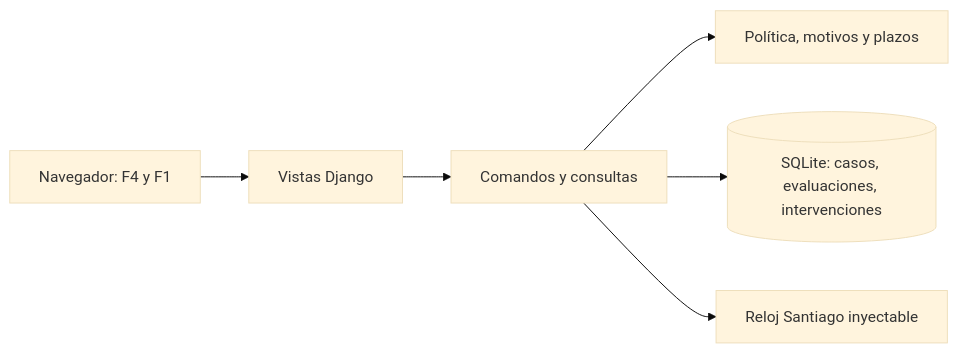
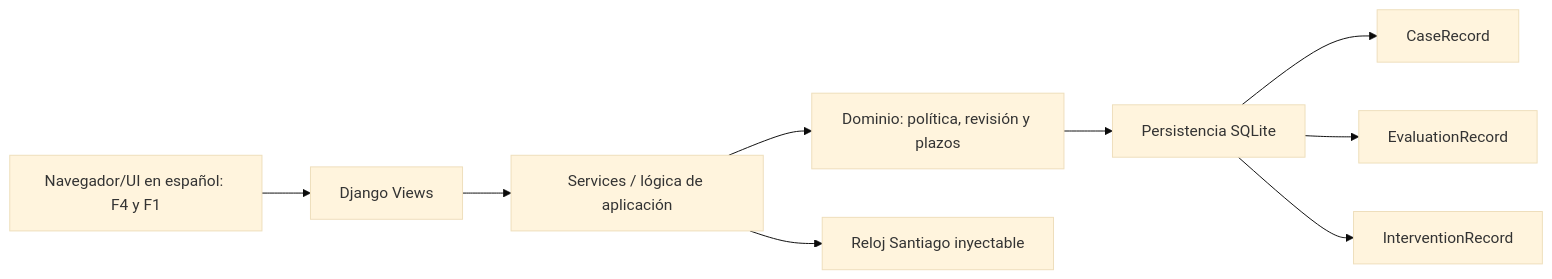
Before and after one commit to lukasscheelb/Software-asistido-por-LLMs: the diagram in docs/informe-entrega.md, drawn with Mermaid (base theme). The commit also changed other lines of this file and 1 other file, not shown here.

````diff
--- a/docs/informe-entrega.md
+++ b/docs/informe-entrega.md
@@ -70,8 +70,11 @@
 ```mermaid
 flowchart LR
-    UI[Navegador: F4 y F1] --> WEB[Vistas Django]
-    WEB --> APP[Comandos y consultas]
-    APP --> DOMAIN[Política, motivos y plazos]
-    APP --> DB[(SQLite: casos, evaluaciones, intervenciones)]
-    APP --> CLOCK[Reloj Santiago inyectable]
+    UI[Navegador/UI en español: F4 y F1] --> VIEWS[Django Views]
+    VIEWS --> SERVICES[Services / lógica de aplicación]
+    SERVICES --> DOMAIN[Dominio: política, revisión y plazos]
+    DOMAIN --> STORE[Persistencia SQLite]
+    STORE --> CASE[CaseRecord]
+    STORE --> EVAL[EvaluationRecord]
+    STORE --> INT[InterventionRecord]
+    SERVICES --> CLOCK[Reloj Santiago inyectable]
 ```
````
